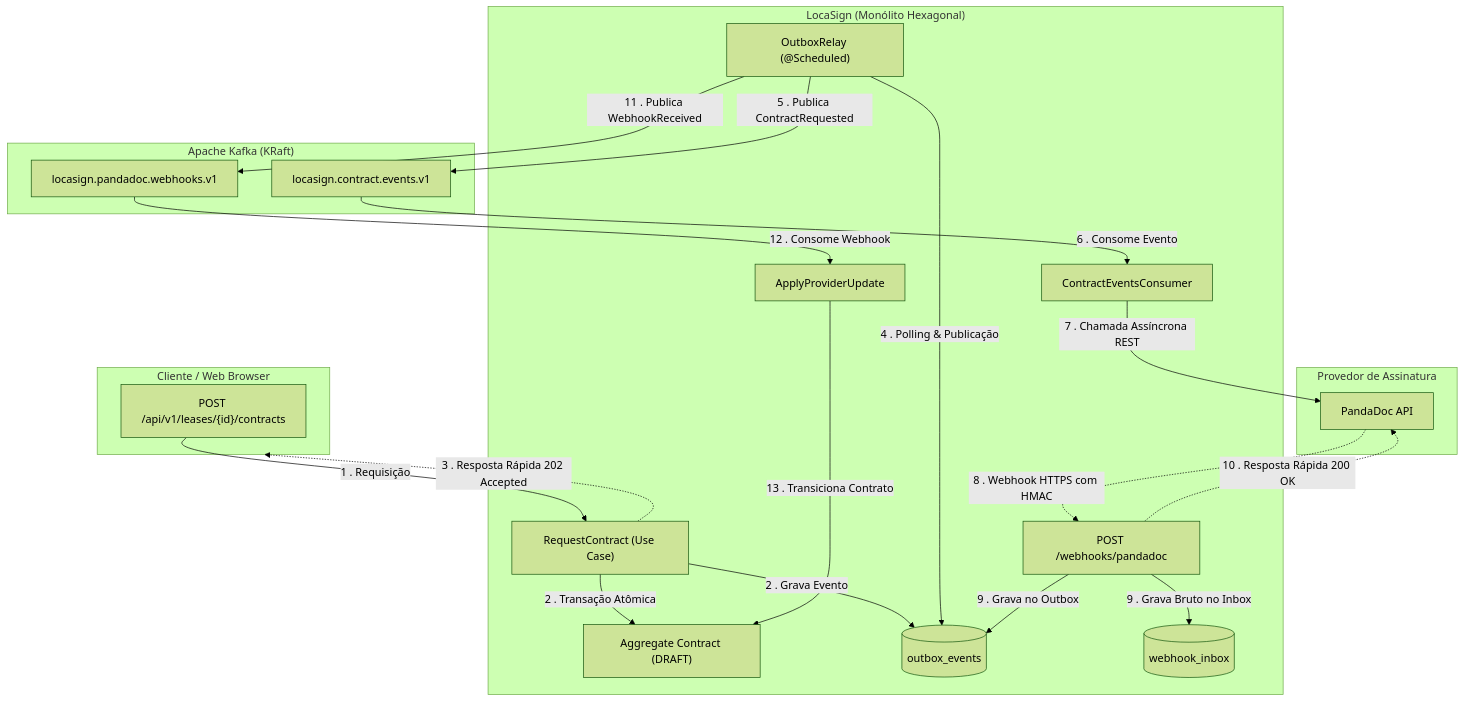
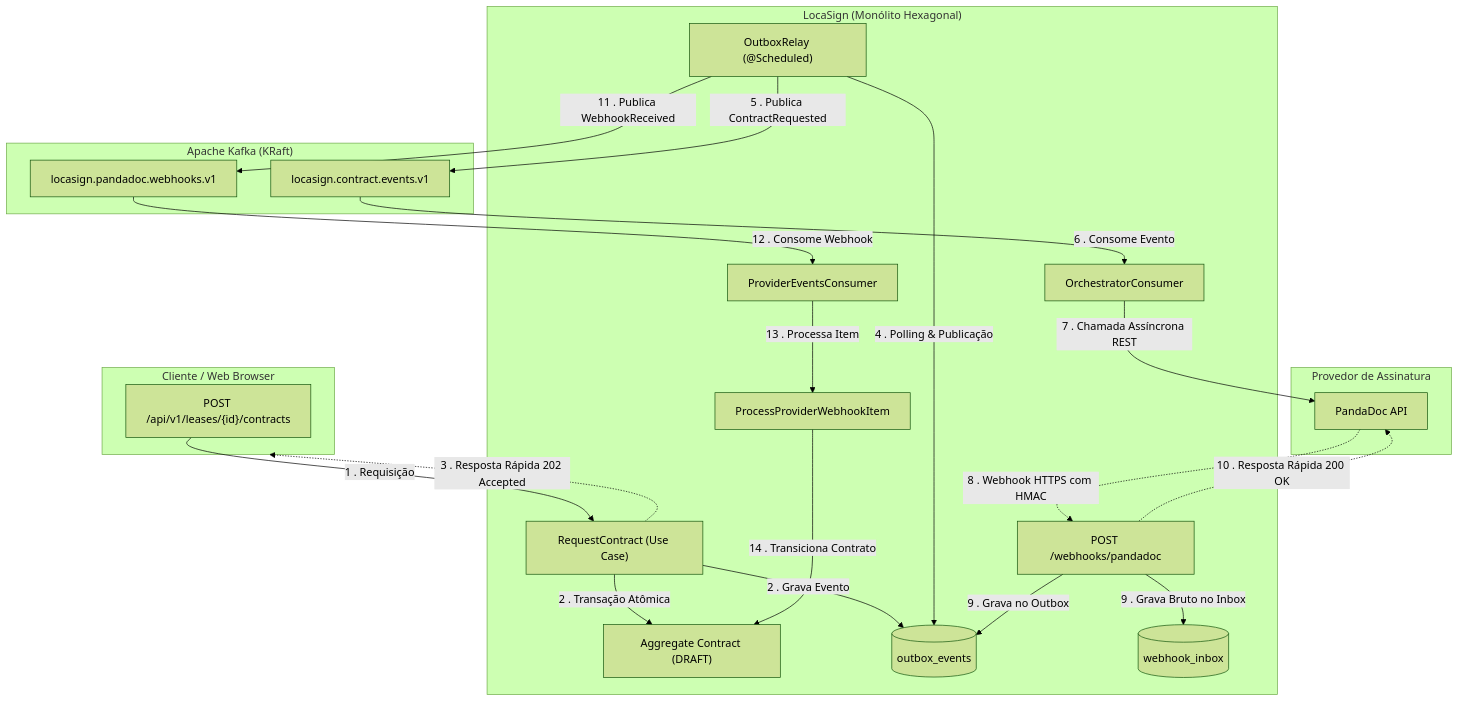
One commit to wallanpsantos/ms-locasign changed the first of 3 diagrams in README.md. Above: the diagram before and after it, drawn with Mermaid (forest theme). The commit also changed other lines of this file and 5 other files, not shown here.

````diff
--- a/README.md
+++ b/README.md
@@ -100,42 +100,44 @@
 ```mermaid
 flowchart TD
     subgraph Cliente["Cliente / Web Browser"]
         Req["POST /api/v1/leases/{id}/contracts"]
     end
 
     subgraph Core["LocaSign (Monólito Hexagonal)"]
         UC["RequestContract (Use Case)"]
         Agg["Aggregate Contract (DRAFT)"]
         OutboxTable[("outbox_events")]
         InboxTable[("webhook_inbox")]
         Relay["OutboxRelay (@Scheduled)"]
-        Consumer["ContractEventsConsumer"]
+        Orchestrator["OrchestratorConsumer"]
         WebHookRecv["POST /webhooks/pandadoc"]
-        AppProvider["ApplyProviderUpdate"]
+        ProviderConsumer["ProviderEventsConsumer"]
+        AppProvider["ProcessProviderWebhookItem"]
     end
 
     subgraph Broker["Apache Kafka (KRaft)"]
         TopicContract["locasign.contract.events.v1"]
         TopicWebhooks["locasign.pandadoc.webhooks.v1"]
     end
 
     subgraph Externo["Provedor de Assinatura"]
         PandaDocAPI["PandaDoc API"]
     end
 
     Req -->|1 . Requisição| UC
     UC -->|2 . Transação Atômica| Agg
     UC -->|2 . Grava Evento| OutboxTable
     UC -.->|3 . Resposta Rápida 202 Accepted| Cliente
     Relay -->|4 . Polling & Publicação| OutboxTable
     Relay -->|5 . Publica ContractRequested| TopicContract
-    TopicContract -->|6 . Consome Evento| Consumer
-    Consumer -->|7 . Chamada Assíncrona REST| PandaDocAPI
+    TopicContract -->|6 . Consome Evento| Orchestrator
+    Orchestrator -->|7 . Chamada Assíncrona REST| PandaDocAPI
     PandaDocAPI -.->|8 . Webhook HTTPS com HMAC| WebHookRecv
     WebHookRecv -->|9 . Grava Bruto no Inbox| InboxTable
     WebHookRecv -->|9 . Grava no Outbox| OutboxTable
     WebHookRecv -.->|10 . Resposta Rápida 200 OK| PandaDocAPI
     Relay -->|11 . Publica WebhookReceived| TopicWebhooks
-    TopicWebhooks -->|12 . Consome Webhook| AppProvider
-    AppProvider -->|13 . Transiciona Contrato| Agg
+    TopicWebhooks -->|12 . Consome Webhook| ProviderConsumer
+    ProviderConsumer -->|13 . Processa Item| AppProvider
+    AppProvider -->|14 . Transiciona Contrato| Agg
 ```
````
